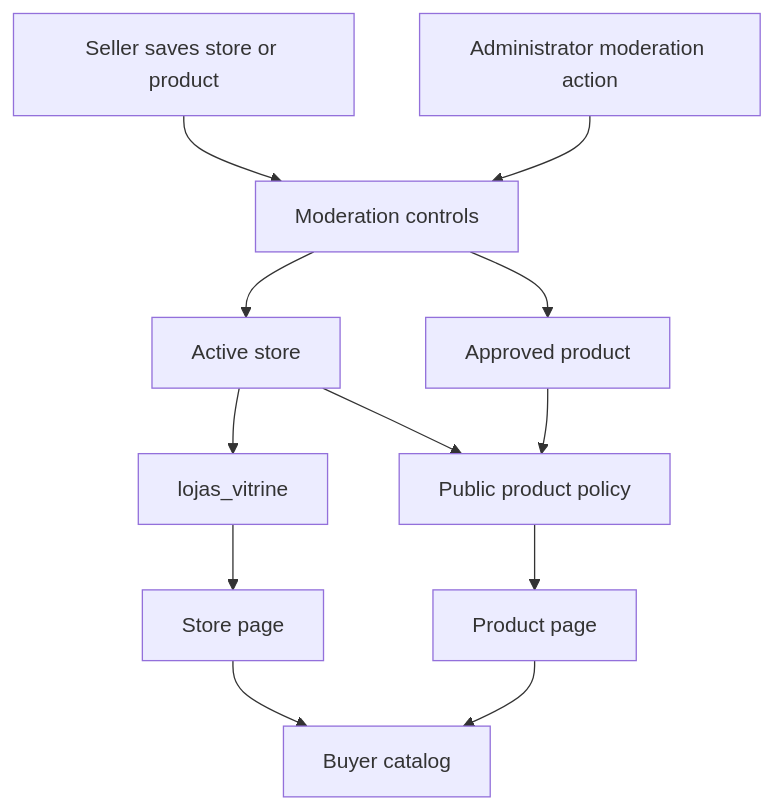
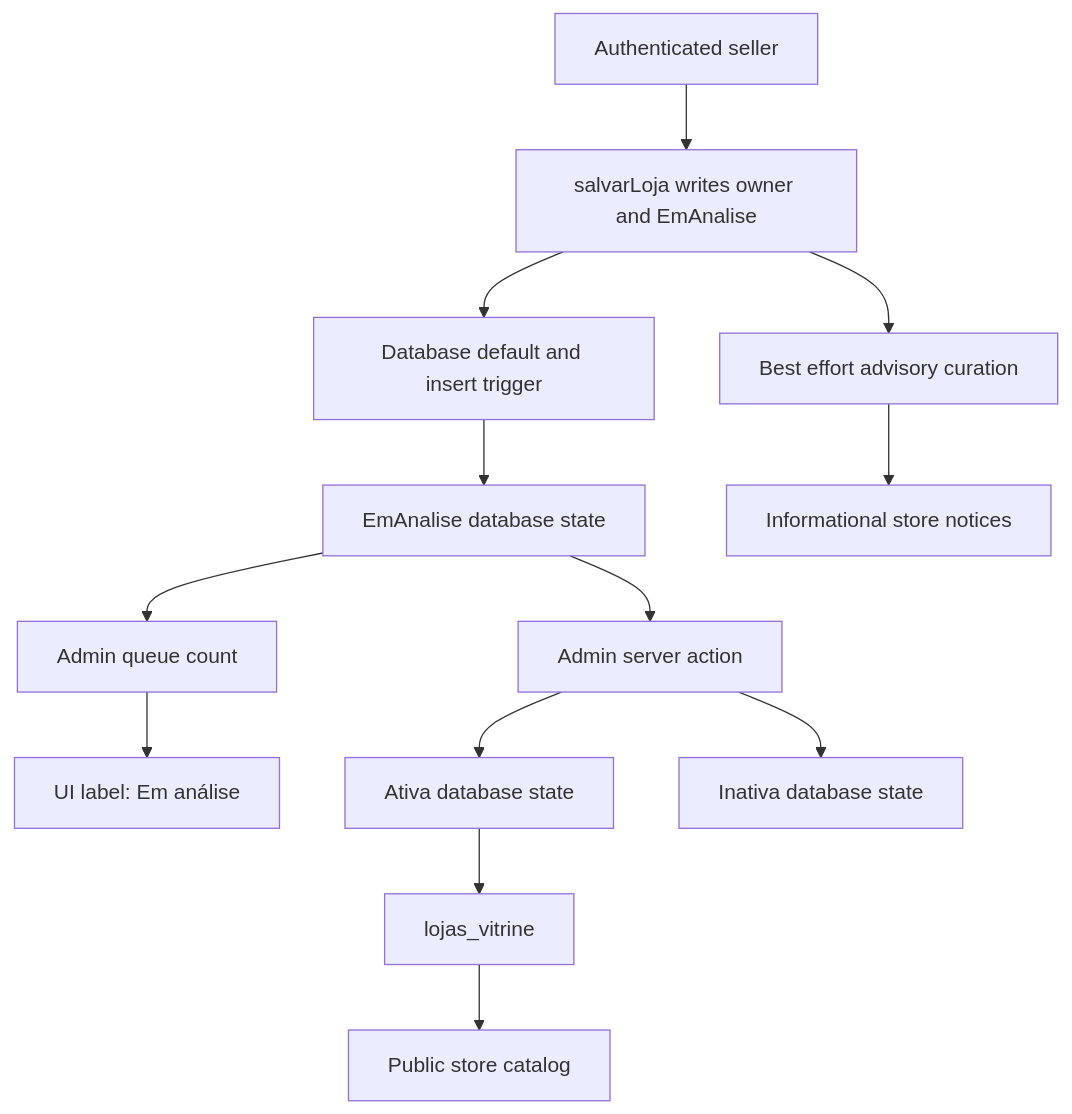
One commit to Schneider-Gr/industria24hIA changed the first of 2 diagrams in openwiki/concepts/marketplace-catalog-and-roles.md. Above: the diagram before and after it, drawn with Mermaid. The commit also changed other lines of this file and 28 other files, not shown here.

````diff
--- a/openwiki/concepts/marketplace-catalog-and-roles.md
+++ b/openwiki/concepts/marketplace-catalog-and-roles.md
@@ -93,14 +105,15 @@
 ```mermaid
 flowchart TD
-  Seller["Seller saves store or product"] --> Moderation["Moderation controls"]
-  Admin["Administrator moderation action"] --> Moderation
-  Moderation --> ActiveStore["Active store"]
-  Moderation --> ApprovedProduct["Approved product"]
-  ActiveStore --> StoreView["lojas_vitrine"]
-  ActiveStore --> PublicGate["Public product policy"]
-  ApprovedProduct --> PublicGate
-  StoreView --> StorePage["Store page"]
-  PublicGate --> ProductPage["Product page"]
-  StorePage --> Buyer["Buyer catalog"]
-  ProductPage --> Buyer
+  Seller["Authenticated seller"] --> Save["salvarLoja writes owner and EmAnalise"]
+  Save --> DbGuard["Database default and insert trigger"]
+  DbGuard --> Review["EmAnalise database state"]
+  Review --> Queue["Admin queue count"]
+  Queue --> Ui["UI label: Em análise"]
+  Review --> Admin["Admin server action"]
+  Admin --> Active["Ativa database state"]
+  Admin --> Inactive["Inativa database state"]
+  Active --> View["lojas_vitrine"]
+  View --> Buyer["Public store catalog"]
+  Save --> Advisory["Best effort advisory curation"]
+  Advisory --> Notices["Informational store notices"]
 ```
````
